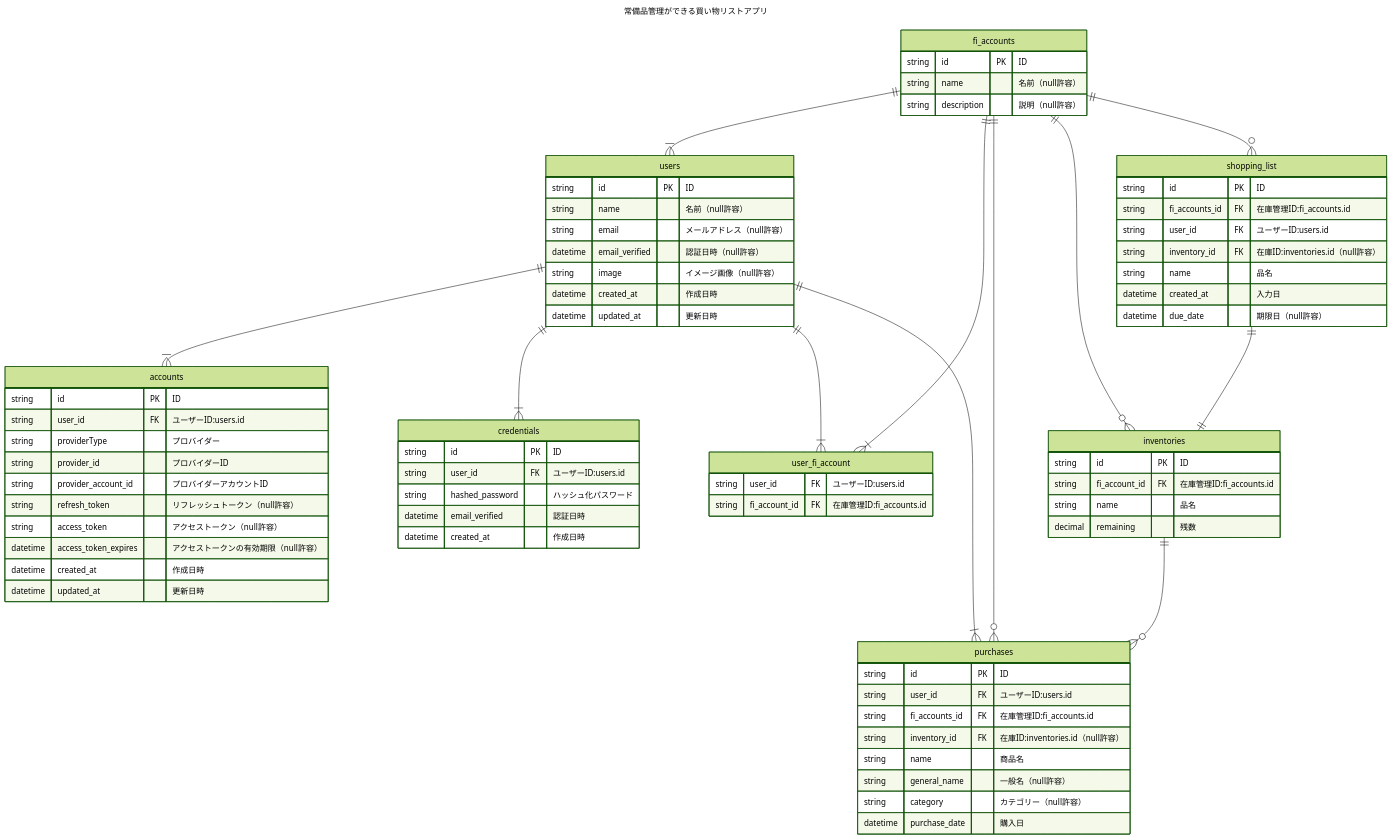
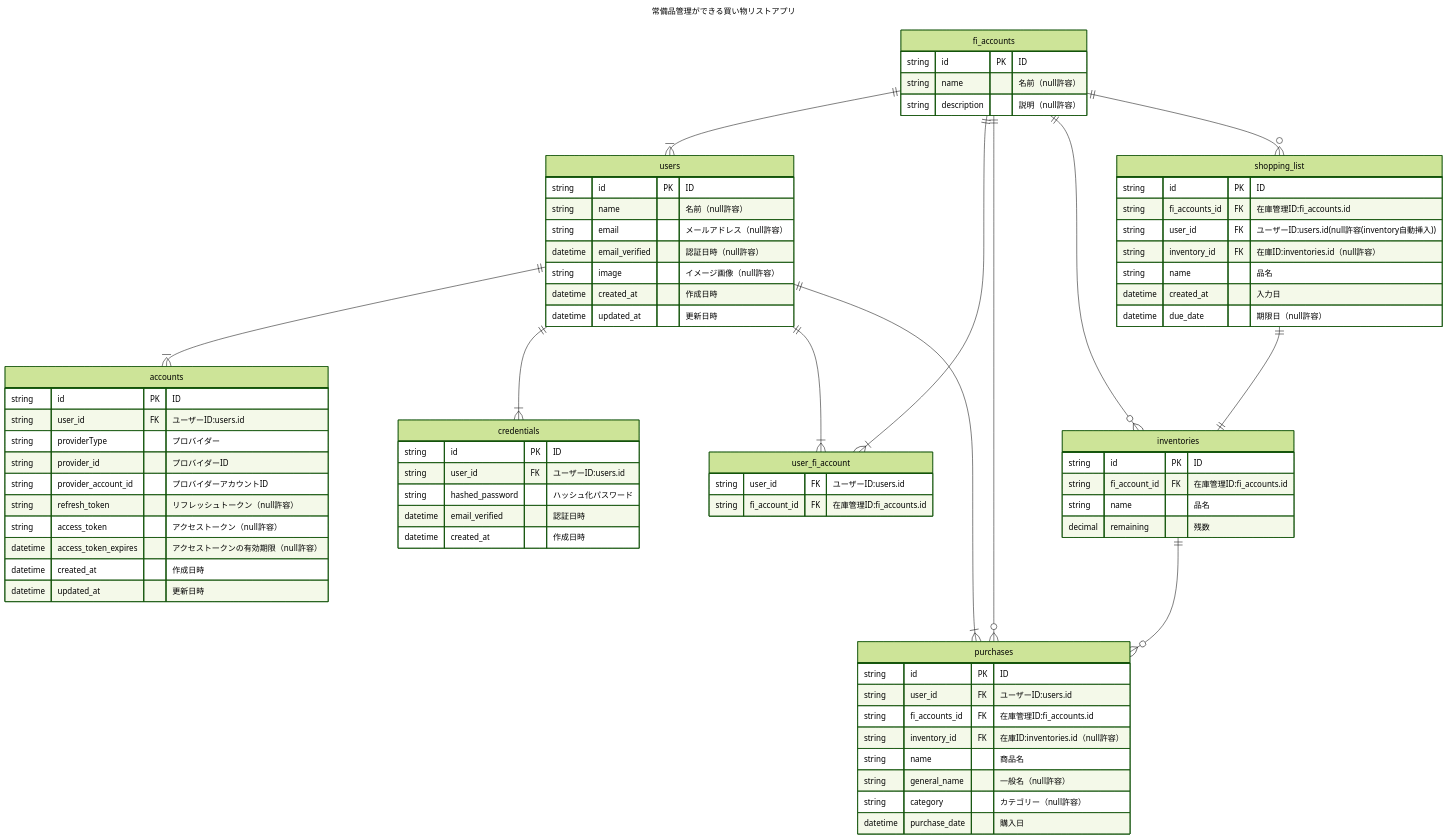
One commit to kurutto/fridge-inventory changed the diagram in doc/fridge-inventory.md. Above: the diagram before and after it, drawn with Mermaid (forest theme).

Commit message:
軽微な修正

````diff
--- a/doc/fridge-inventory.md
+++ b/doc/fridge-inventory.md
@@ -5,81 +5,81 @@
 ```mermaid
 ---
 title: "常備品管理ができる買い物リストアプリ"
 ---
 erDiagram
 
     users ||--|{ accounts : ""
     users ||--|{ credentials : ""
     fi_accounts ||--|{ users : ""
     users ||--|{ user_fi_account : ""
     fi_accounts ||--|{ user_fi_account : ""
     inventories ||--o{ purchases : ""
     users ||--|{ purchases : ""
     fi_accounts ||--o{ purchases : ""
     fi_accounts ||--o{ inventories : ""
     fi_accounts ||--o{ shopping_list : ""
     shopping_list ||--|| inventories : ""
 
     accounts {
         string id PK "ID"
         string user_id FK "ユーザーID:users.id"
         string providerType "プロバイダー"
         string provider_id "プロバイダーID"
         string provider_account_id "プロバイダーアカウントID"
         string refresh_token "リフレッシュトークン（null許容）"
         string access_token "アクセストークン（null許容）"
         datetime access_token_expires "アクセストークンの有効期限（null許容）"
         datetime created_at "作成日時"
         datetime updated_at "更新日時"
     }
     users {
         string id PK "ID"
         string name "名前（null許容）"
         string email "メールアドレス（null許容）"
         datetime email_verified "認証日時（null許容）"
         string image "イメージ画像（null許容）"
         datetime created_at "作成日時"
         datetime updated_at "更新日時"
     }
     credentials{
         string id PK "ID"
         string user_id FK "ユーザーID:users.id"
         string hashed_password "ハッシュ化パスワード"
         datetime email_verified "認証日時"
         datetime created_at "作成日時"
     }
     user_fi_account{
         string user_id FK "ユーザーID:users.id"
         string fi_account_id FK "在庫管理ID:fi_accounts.id"
     }
     fi_accounts {
         string id PK "ID"
         string name "名前（null許容）"
         string description "説明（null許容）"
     }
     inventories {
         string id PK "ID"
         string fi_account_id FK "在庫管理ID:fi_accounts.id"
         string name "品名"
         decimal remaining "残数"
     }
     purchases {
         string id PK "ID"
         string user_id FK "ユーザーID:users.id"
         string fi_accounts_id FK "在庫管理ID:fi_accounts.id"
         string inventory_id FK "在庫ID:inventories.id（null許容）"
         string name "商品名"
         string general_name "一般名（null許容）"
         string category "カテゴリー（null許容）"
         datetime purchase_date "購入日"
     }
     shopping_list {
         string id PK "ID"
         string fi_accounts_id FK "在庫管理ID:fi_accounts.id"
-        string user_id FK "ユーザーID:users.id"
+        string user_id FK "ユーザーID:users.id(null許容(inventory自動挿入))"
         string inventory_id FK "在庫ID:inventories.id（null許容）"
         string name "品名"
         datetime created_at "入力日"
         datetime due_date "期限日（null許容）"
     }
 ```
````
